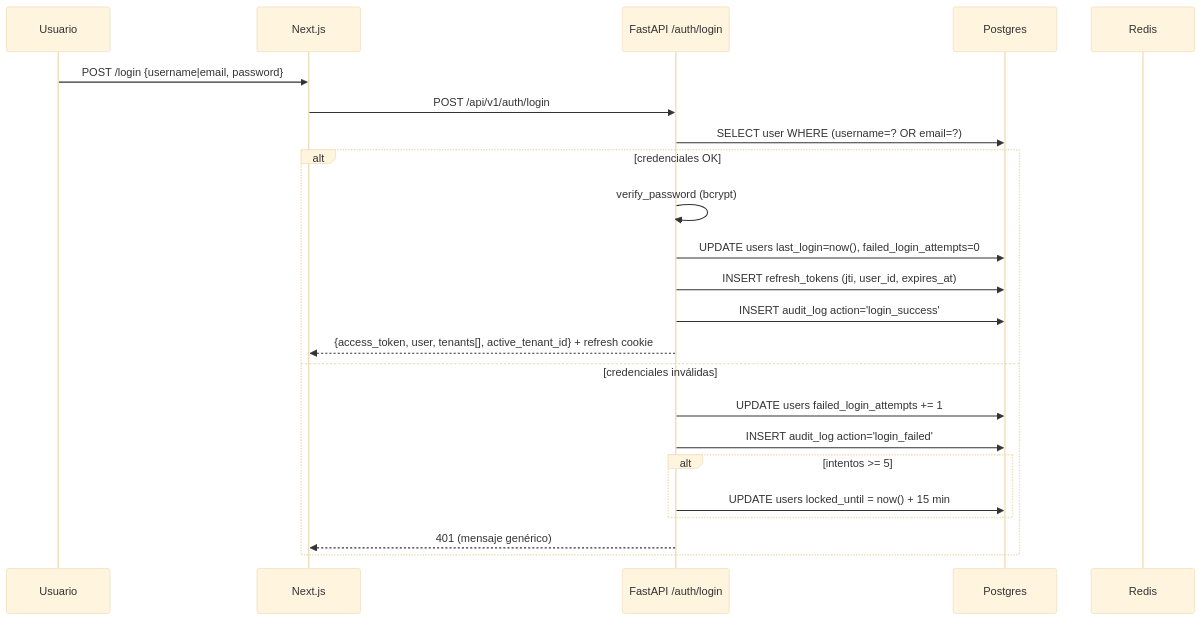
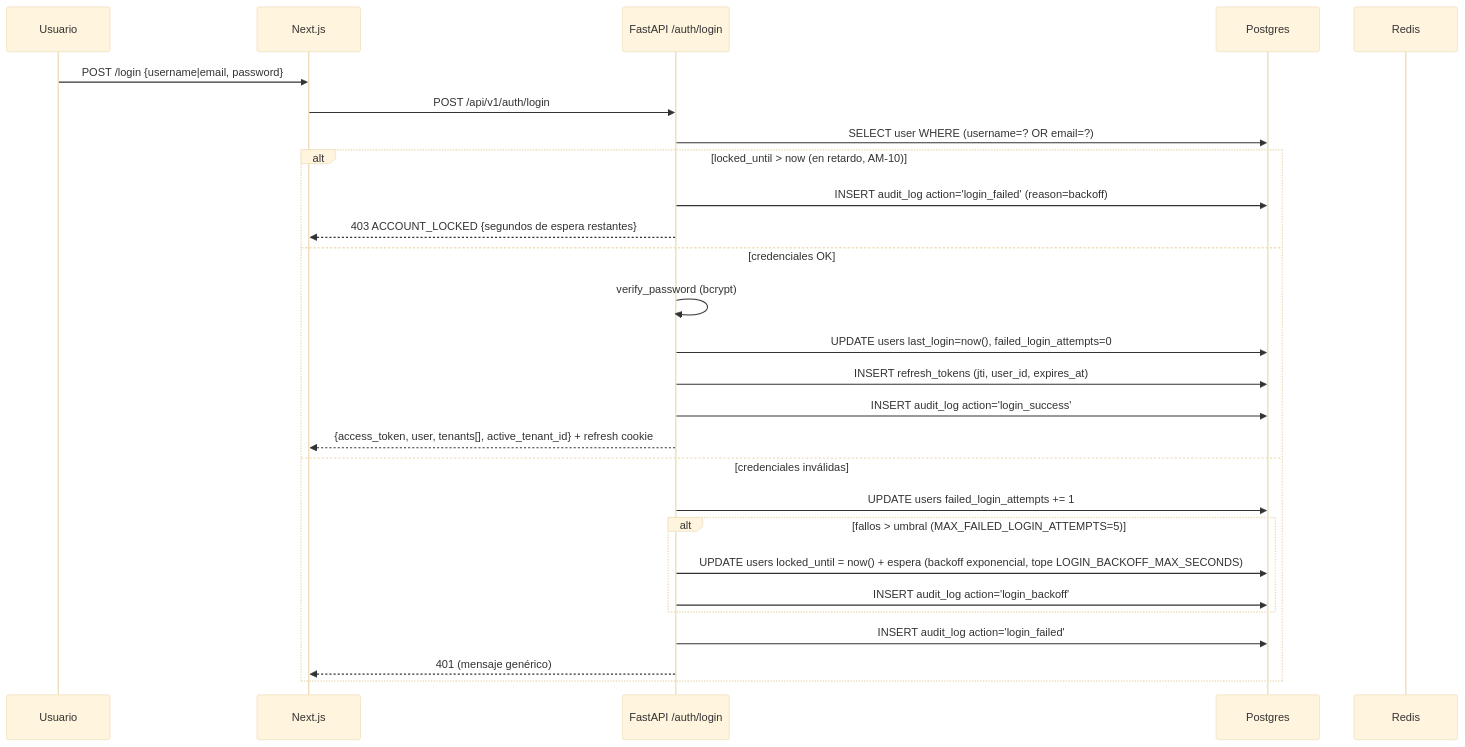
Before and after one commit to xguilxr/pmo_aas: the diagram in docs/architecture/security-multitenant.md, drawn with Mermaid (base theme). The commit also changed other lines of this file and 7 other files, not shown here.

````diff
--- a/docs/architecture/security-multitenant.md
+++ b/docs/architecture/security-multitenant.md
@@ -42,26 +42,30 @@
 ```mermaid
 sequenceDiagram
     participant U as Usuario
     participant W as Next.js
     participant A as FastAPI /auth/login
     participant D as Postgres
     participant R as Redis
 
     U->>W: POST /login {username|email, password}
     W->>A: POST /api/v1/auth/login
     A->>D: SELECT user WHERE (username=? OR email=?)
-    alt credenciales OK
+    alt locked_until > now (en retardo, AM-10)
+        A->>D: INSERT audit_log action='login_failed' (reason=backoff)
+        A-->>W: 403 ACCOUNT_LOCKED {segundos de espera restantes}
+    else credenciales OK
         A->>A: verify_password (bcrypt)
         A->>D: UPDATE users last_login=now(), failed_login_attempts=0
         A->>D: INSERT refresh_tokens (jti, user_id, expires_at)
         A->>D: INSERT audit_log action='login_success'
         A-->>W: {access_token, user, tenants[], active_tenant_id} + refresh cookie
     else credenciales inválidas
         A->>D: UPDATE users failed_login_attempts += 1
+        alt fallos > umbral (MAX_FAILED_LOGIN_ATTEMPTS=5)
+            A->>D: UPDATE users locked_until = now() + espera (backoff exponencial, tope LOGIN_BACKOFF_MAX_SECONDS)
+            A->>D: INSERT audit_log action='login_backoff'
+        end
         A->>D: INSERT audit_log action='login_failed'
-        alt intentos >= 5
-            A->>D: UPDATE users locked_until = now() + 15 min
-        end
         A-->>W: 401 (mensaje genérico)
     end
 ```
````
